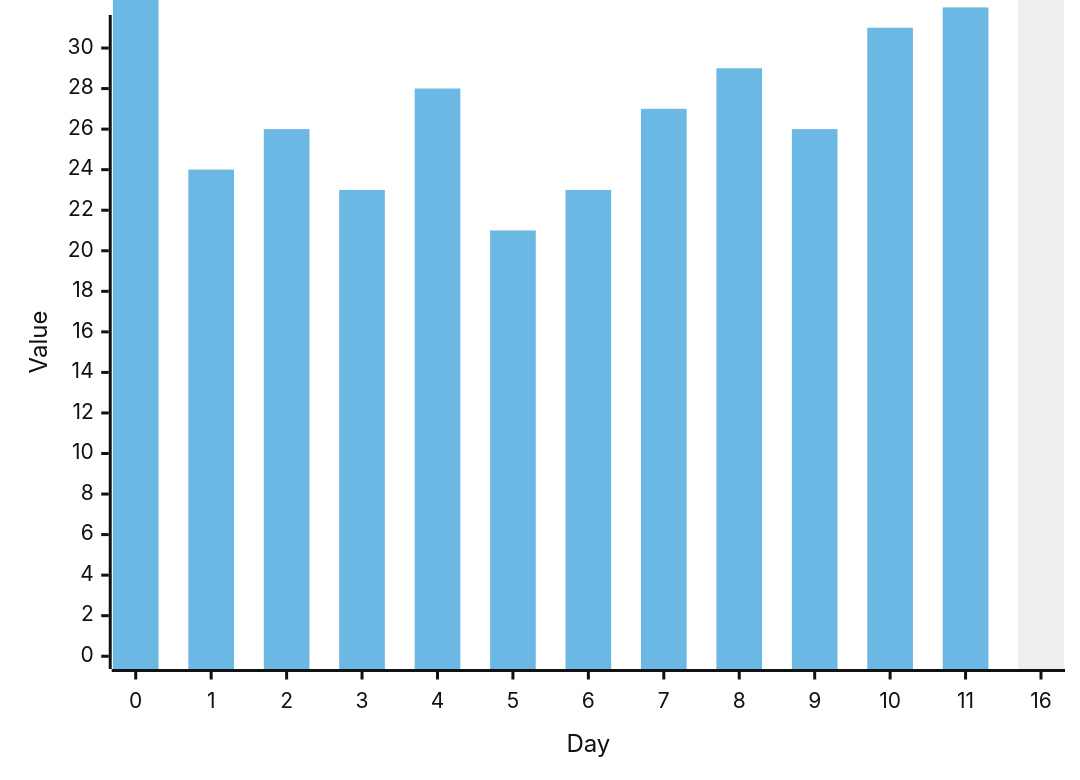
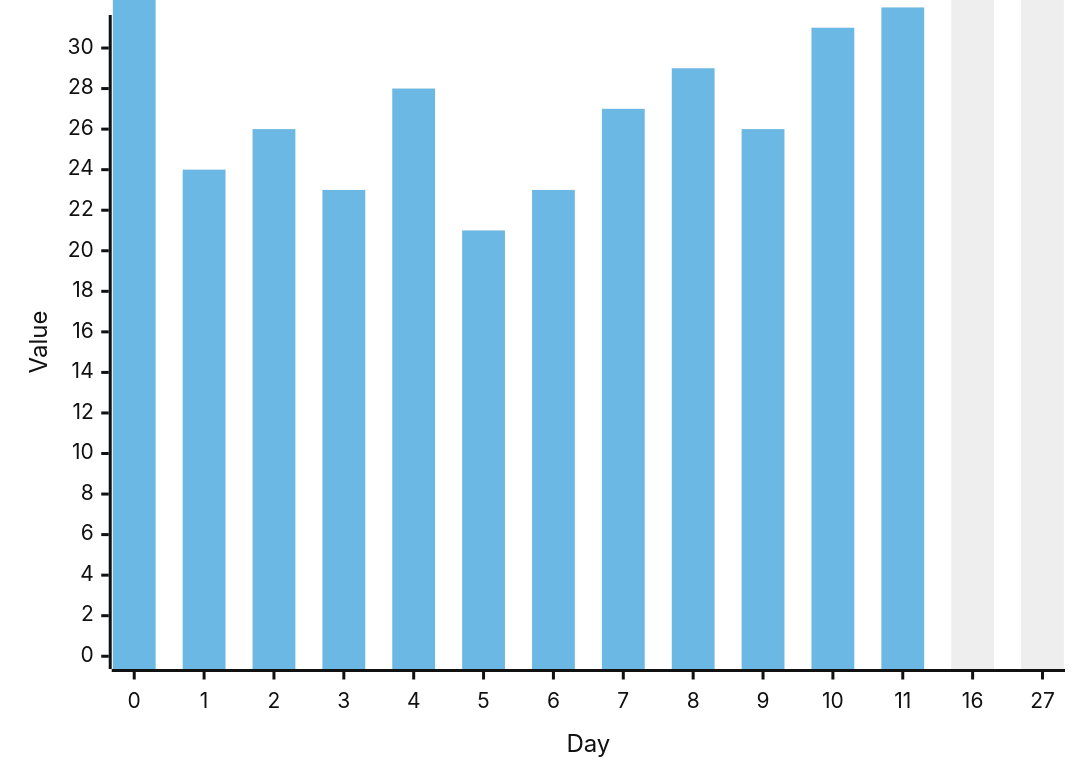
Diagram 16 of 16 in docs/articles/posts/personal-development/experience-strict-fasting-8days/experience-strict-fasting-8days.md (phil-m-kopp/phil-m-kopp.github.io), drawn with Mermaid (neutral theme) before and after one commit. The commit also changed other lines of this file and 7 other files, not shown here.

````diff
--- a/docs/articles/posts/personal-development/experience-strict-fasting-8days/experience-strict-fasting-8days.md
+++ b/docs/articles/posts/personal-development/experience-strict-fasting-8days/experience-strict-fasting-8days.md
@@ -388,8 +406,8 @@
 ``` mermaid
 xychart-beta
-        x-axis "Day" [0, 1, 2, 3, 4, 5, 6, 7, 8, 9, 10, 11, 16]
+        x-axis "Day" [0, 1, 2, 3, 4, 5, 6, 7, 8, 9, 10, 11, 16, 27]
         y-axis "Value" 0 --> 31
 
-        bar [33, 24, 26, 23, 28, 21, 23, 27, 29, 26, 31, 32, 34]
+        bar [33, 24, 26, 23, 28, 21, 23, 27, 29, 26, 31, 32, 34, 34]
         bar [33, 24, 26, 23, 28, 21, 23, 27, 29, 26, 31, 32]
 ```
````
